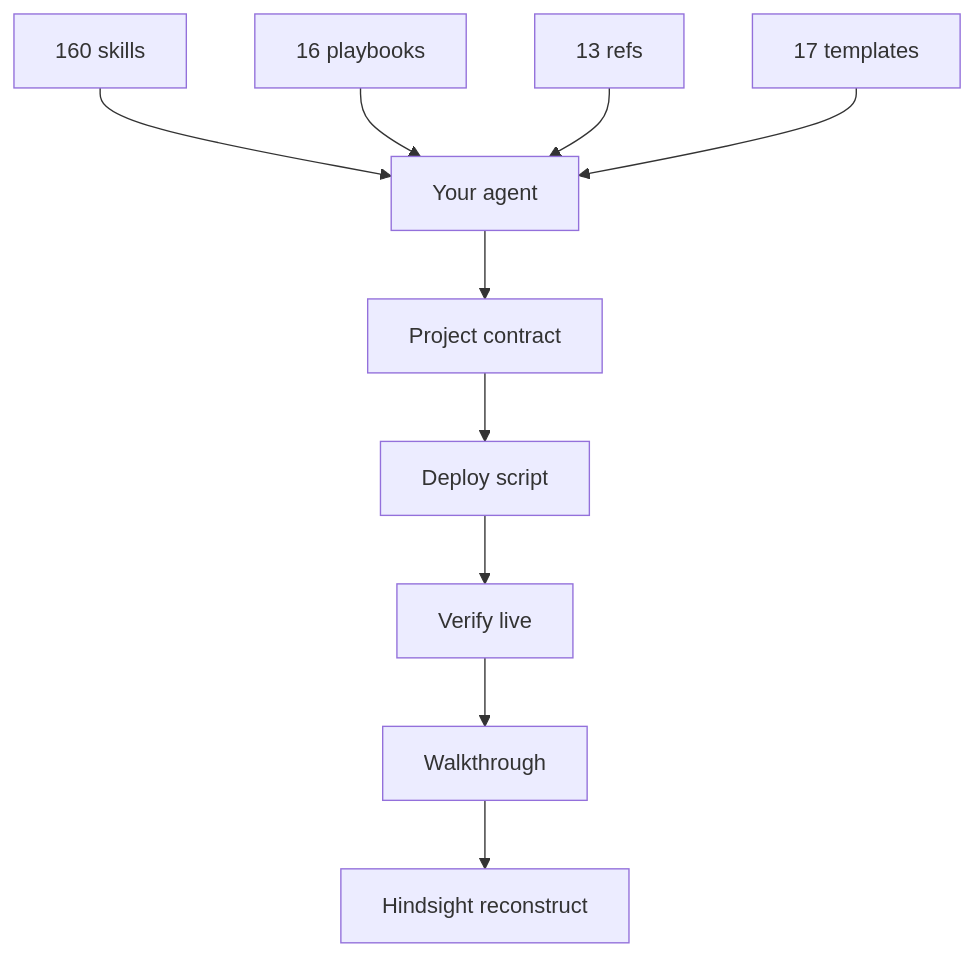
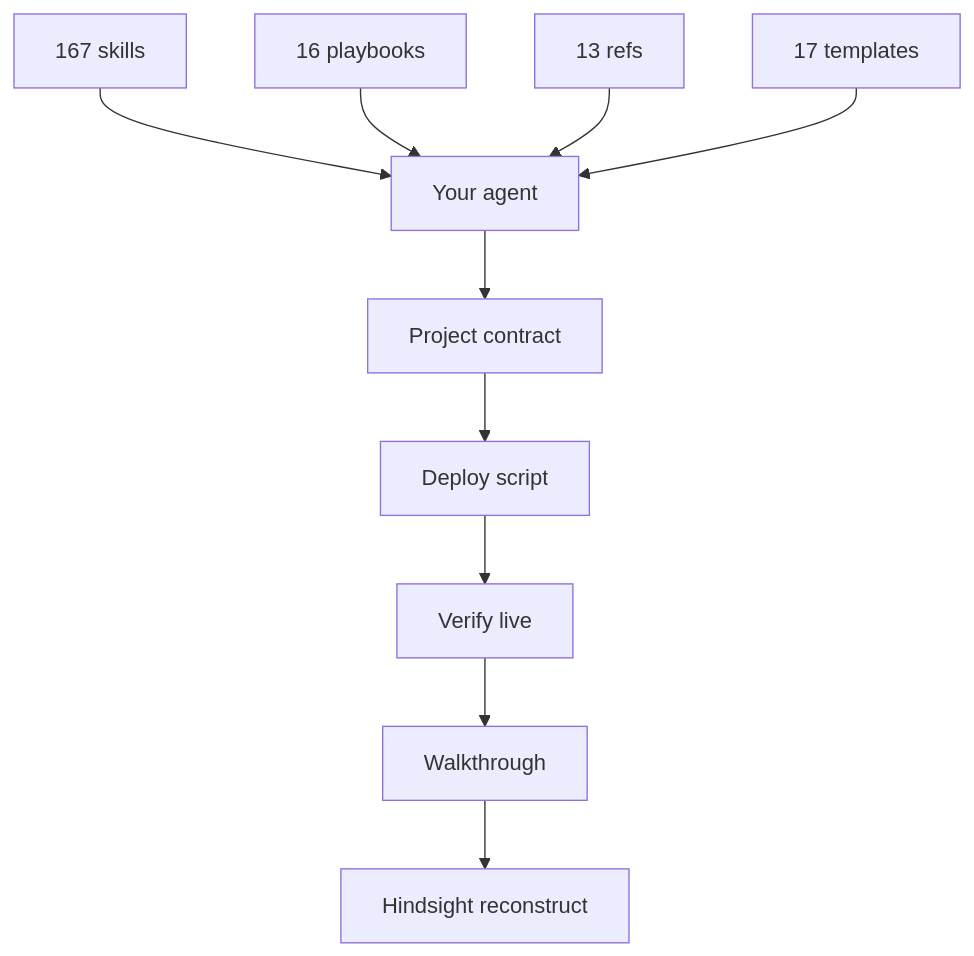
One commit to Nonarkara/dr-non-vibecoding-skills changed the third of 3 diagrams in README.md. Above: the diagram before and after it, drawn with Mermaid. The commit also changed other lines of this file and 17 other files, not shown here.

````diff
--- a/README.md
+++ b/README.md
@@ -441,12 +441,12 @@
 ```mermaid
 flowchart TB
-  S["160 skills"] --> A["Your agent"]
+  S["167 skills"] --> A["Your agent"]
   P["16 playbooks"] --> A
   R["13 refs"] --> A
   T["17 templates"] --> A
   A --> W["Project contract"]
   W --> D["Deploy script"]
   D --> V["Verify live"]
   V --> H["Walkthrough"]
   H --> L["Hindsight reconstruct"]
 ```
````
